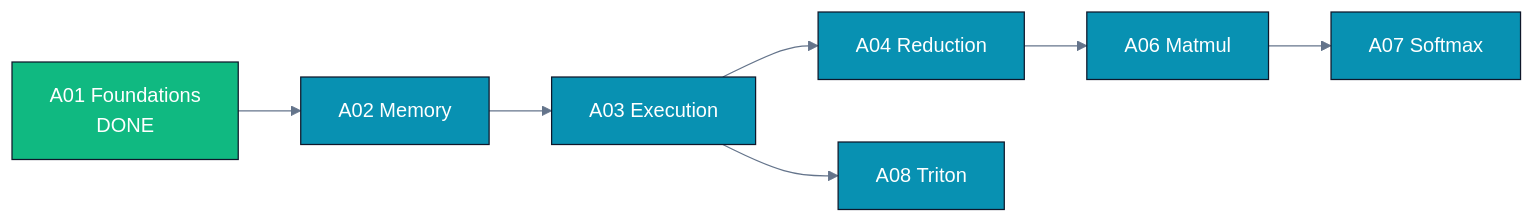
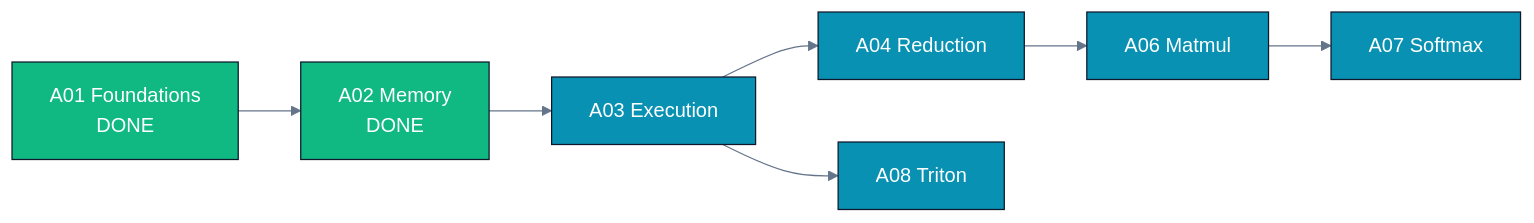
Before and after one commit to gahan9/ParallelProgramming: the diagram in tracks/A-gpu-programming/README.md, drawn with Mermaid. The commit also changed other lines of this file and 18 other files, not shown here.

````diff
--- a/tracks/A-gpu-programming/README.md
+++ b/tracks/A-gpu-programming/README.md
@@ -7,16 +7,16 @@
 ```mermaid
 %%{init: {'theme': 'base', 'themeVariables': {'primaryColor': '#F8FAFC', 'primaryBorderColor': '#0891B2', 'lineColor': '#64748B'}}}%%
 flowchart LR
-  A01["A01 Foundations<br/>DONE"] --> A02["A02 Memory"]
+  A01["A01 Foundations<br/>DONE"] --> A02["A02 Memory<br/>DONE"]
   A02 --> A03["A03 Execution"]
   A03 --> A04["A04 Reduction"]
   A04 --> A06["A06 Matmul"]
   A06 --> A07["A07 Softmax"]
   A03 --> A08["A08 Triton"]
 
   classDef trackA fill:#0891B2,stroke:#0F172A,color:#fff
   classDef success fill:#10B981,stroke:#0F172A,color:#fff
   classDef neutral fill:#F8FAFC,stroke:#64748B,color:#0F172A
-  class A01 success
-  class A02,A03,A04,A06,A07,A08 trackA
+  class A01,A02 success
+  class A03,A04,A06,A07,A08 trackA
 ```
````
